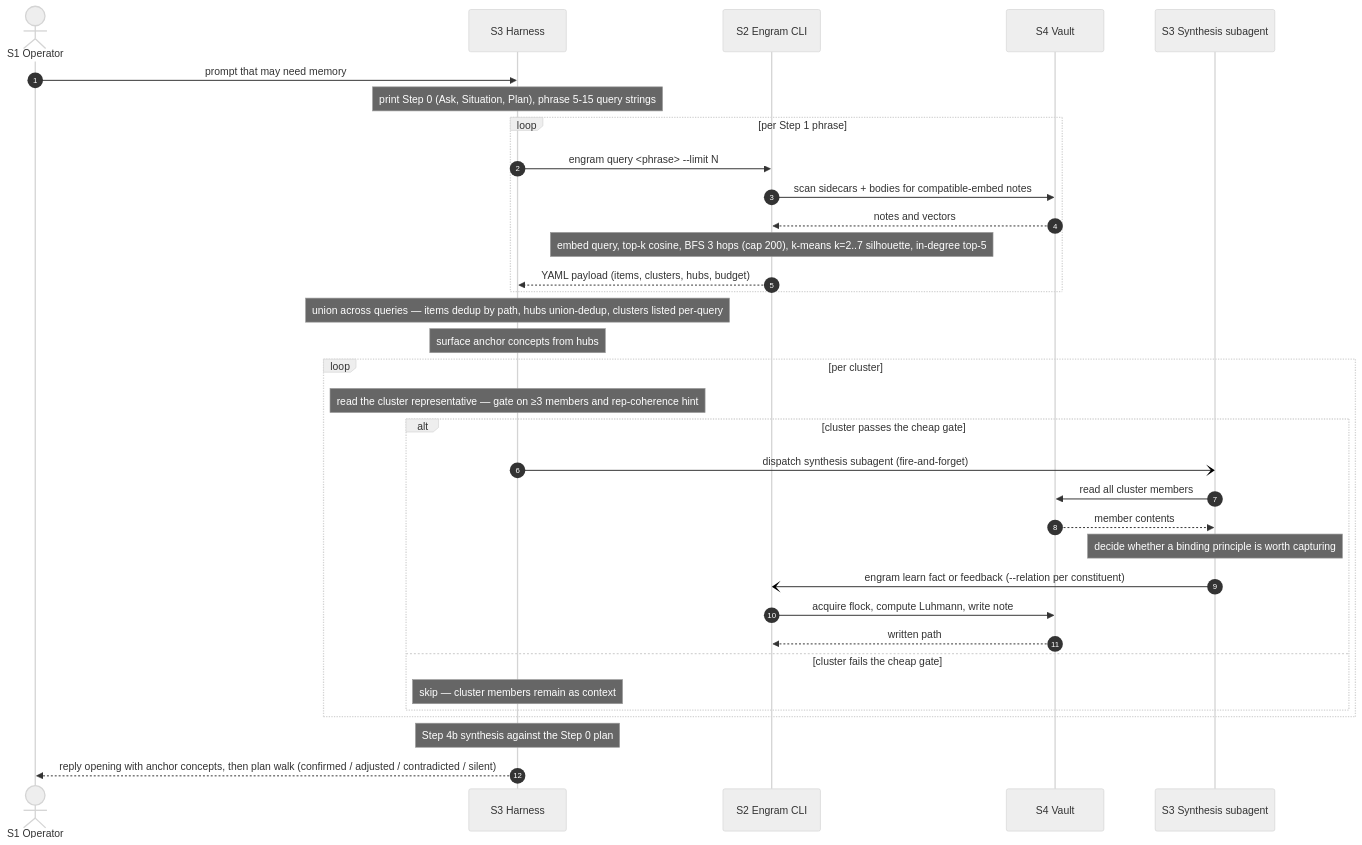
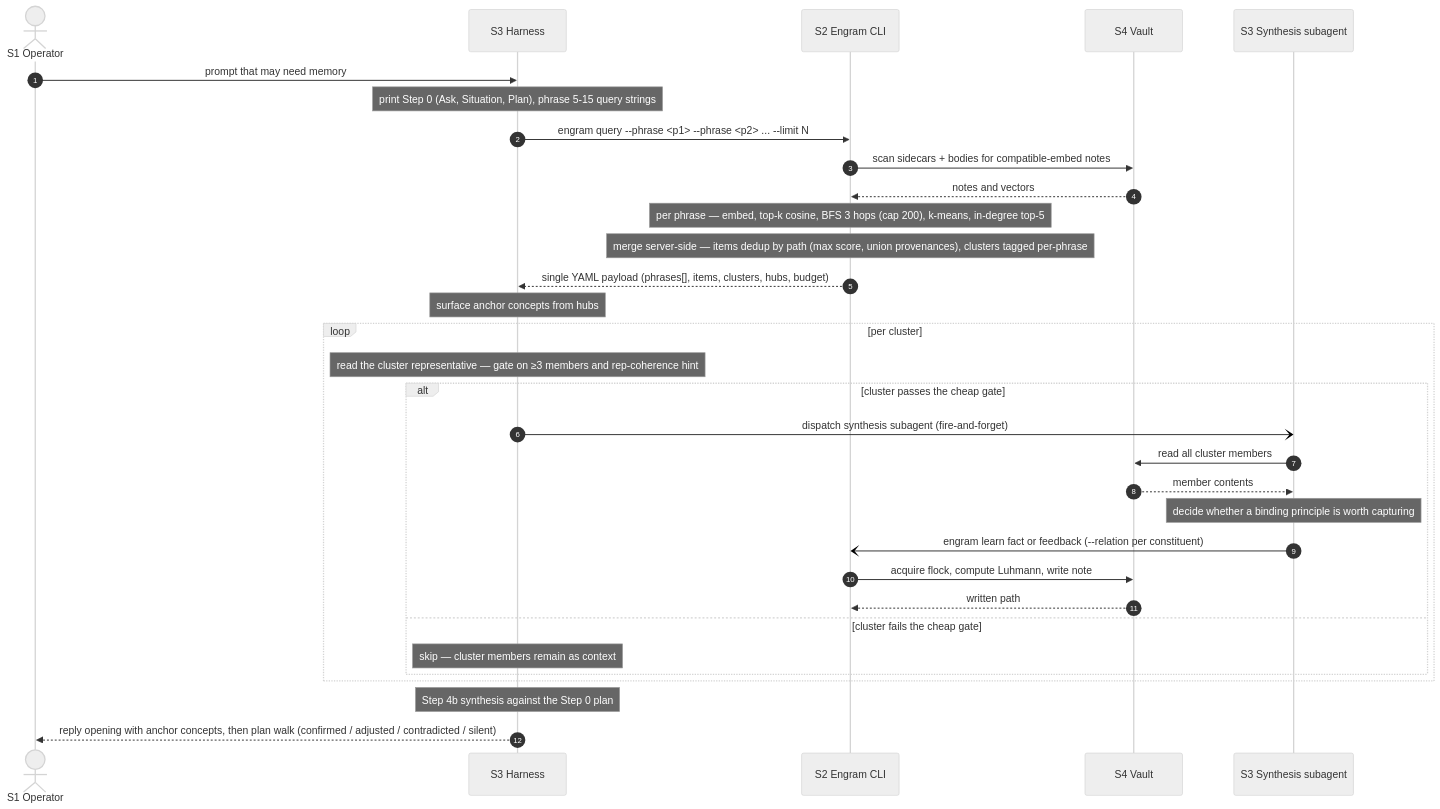
One commit to toejough/engram changed the second of 5 diagrams in docs/architecture/c1-system-context.md. Above: the diagram before and after it, drawn with Mermaid (neutral theme). The commit also changed other lines of this file and 1 other file, not shown here.

First line of the commit message:
docs: update README + C4 architecture for --phrase multi-phrase query

````diff
--- a/docs/architecture/c1-system-context.md
+++ b/docs/architecture/c1-system-context.md
@@ -89,41 +88,37 @@
 ```mermaid
 sequenceDiagram
     autonumber
     actor Op as S1 Operator
     participant H as S3 Harness
     participant E as S2 Engram CLI
     participant V as S4 Vault
     participant Sub as S3 Synthesis subagent
 
     Op->>H: prompt that may need memory
     Note over H: print Step 0 (Ask, Situation, Plan), phrase 5-15 query strings
-
-    loop per Step 1 phrase
-        H->>E: engram query <phrase> --limit N
-        E->>V: scan sidecars + bodies for compatible-embed notes
-        V-->>E: notes and vectors
-        Note over E: embed query, top-k cosine, BFS 3 hops (cap 200), k-means k=2..7 silhouette, in-degree top-5
-        E-->>H: YAML payload (items, clusters, hubs, budget)
-    end
-
-    Note over H: union across queries — items dedup by path, hubs union-dedup, clusters listed per-query
+    H->>E: engram query --phrase <p1> --phrase <p2> ... --limit N
+    E->>V: scan sidecars + bodies for compatible-embed notes
+    V-->>E: notes and vectors
+    Note over E: per phrase — embed, top-k cosine, BFS 3 hops (cap 200), k-means, in-degree top-5
+    Note over E: merge server-side — items dedup by path (max score, union provenances), clusters tagged per-phrase
+    E-->>H: single YAML payload (phrases[], items, clusters, hubs, budget)
     Note over H: surface anchor concepts from hubs
 
     loop per cluster
         Note over H: read the cluster representative — gate on ≥3 members and rep-coherence hint
         alt cluster passes the cheap gate
             H-)Sub: dispatch synthesis subagent (fire-and-forget)
             Sub->>V: read all cluster members
             V-->>Sub: member contents
             Note over Sub: decide whether a binding principle is worth capturing
             Sub-)E: engram learn fact or feedback (--relation per constituent)
             E->>V: acquire flock, compute Luhmann, write note
             V-->>E: written path
         else cluster fails the cheap gate
             Note over H: skip — cluster members remain as context
         end
     end
 
     Note over H: Step 4b synthesis against the Step 0 plan
     H-->>Op: reply opening with anchor concepts, then plan walk (confirmed / adjusted / contradicted / silent)
 ```
````
